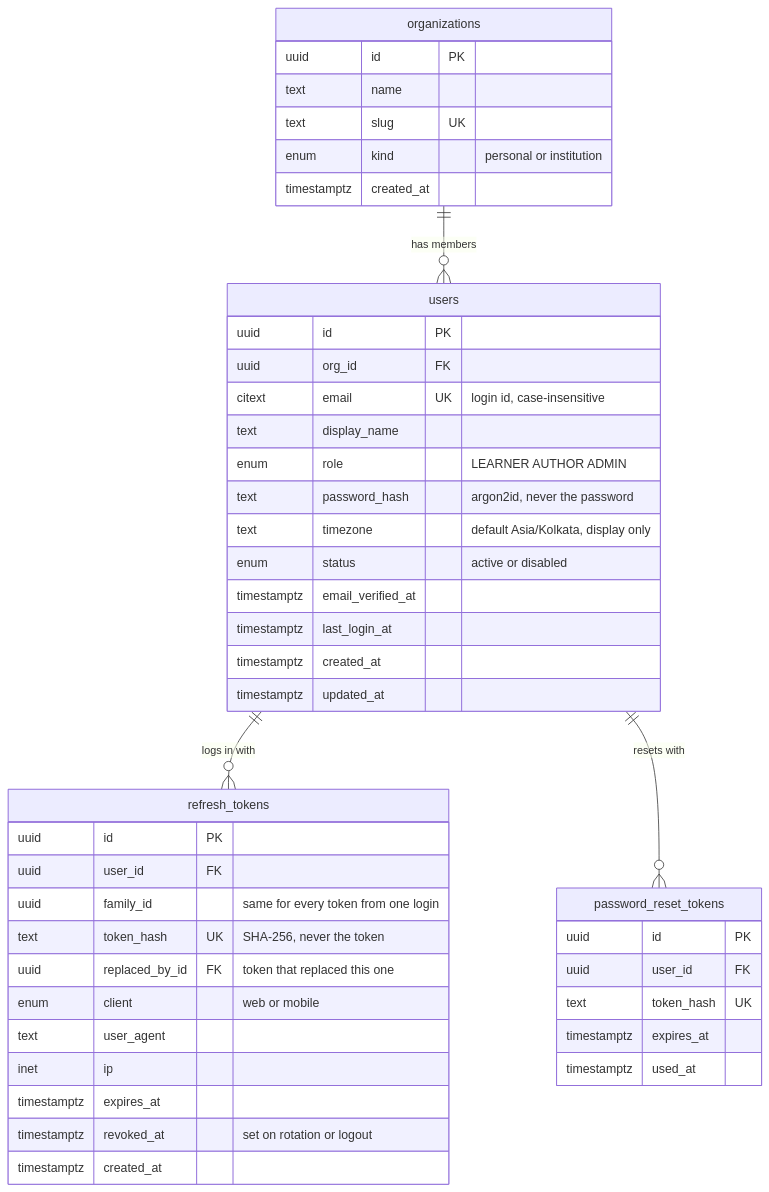
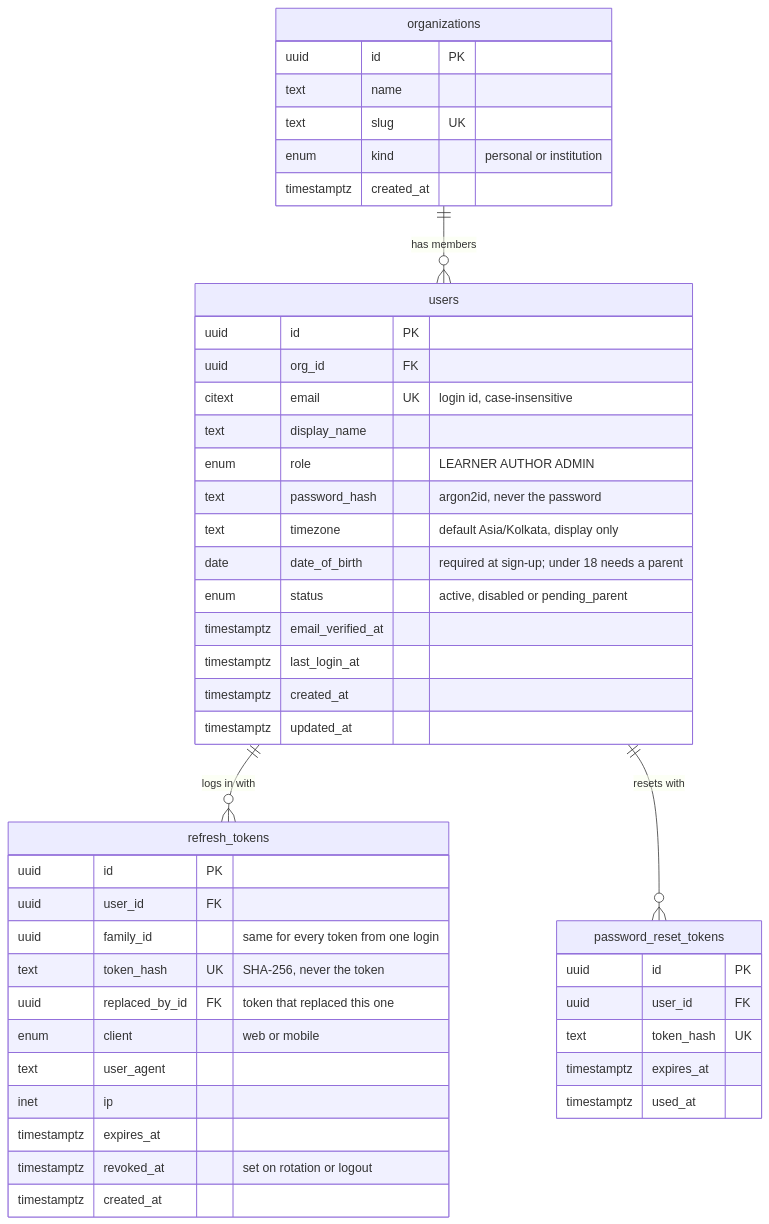
The seventh of 32 diagrams in DOCS/phase-2/MP3-System-Design.md (Nidanos/ai-tutor-platform), drawn with Mermaid before and after one commit. The commit also changed other lines of this file and 2 other files, not shown here.

Commit message:
docs: document sign-up consent for frontend and design

````diff
--- a/DOCS/phase-2/MP3-System-Design.md
+++ b/DOCS/phase-2/MP3-System-Design.md
@@ -407,47 +407,48 @@
 ```mermaid
 erDiagram
   organizations ||--o{ users : "has members"
   users ||--o{ refresh_tokens : "logs in with"
   users ||--o{ password_reset_tokens : "resets with"
   organizations {
     uuid id PK
     text name
     text slug UK
     enum kind "personal or institution"
     timestamptz created_at
   }
   users {
     uuid id PK
     uuid org_id FK
     citext email UK "login id, case-insensitive"
     text display_name
     enum role "LEARNER AUTHOR ADMIN"
     text password_hash "argon2id, never the password"
     text timezone "default Asia/Kolkata, display only"
-    enum status "active or disabled"
+    date date_of_birth "required at sign-up; under 18 needs a parent"
+    enum status "active, disabled or pending_parent"
     timestamptz email_verified_at
     timestamptz last_login_at
     timestamptz created_at
     timestamptz updated_at
   }
   refresh_tokens {
     uuid id PK
     uuid user_id FK
     uuid family_id "same for every token from one login"
     text token_hash UK "SHA-256, never the token"
     uuid replaced_by_id FK "token that replaced this one"
     enum client "web or mobile"
     text user_agent
     inet ip
     timestamptz expires_at
     timestamptz revoked_at "set on rotation or logout"
     timestamptz created_at
   }
   password_reset_tokens {
     uuid id PK
     uuid user_id FK
     text token_hash UK
     timestamptz expires_at
     timestamptz used_at
   }
 ```
````
